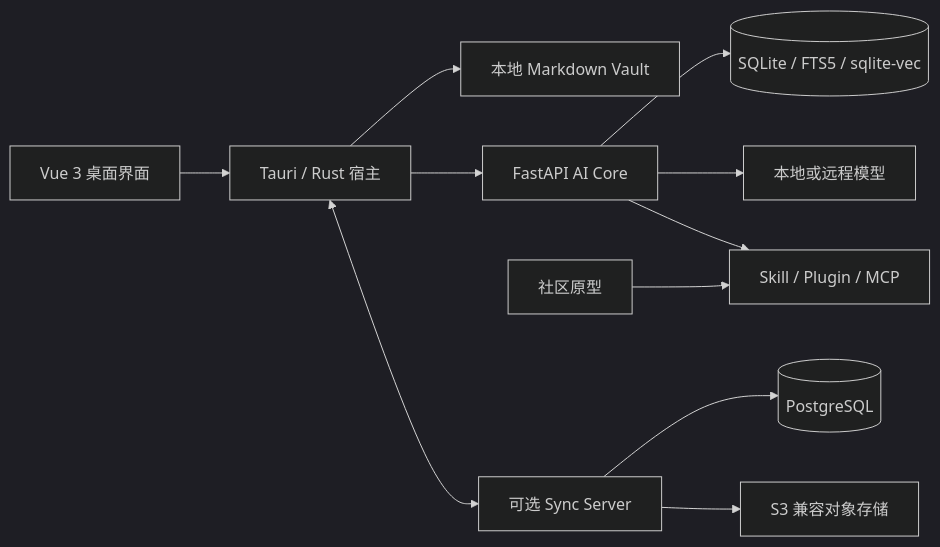
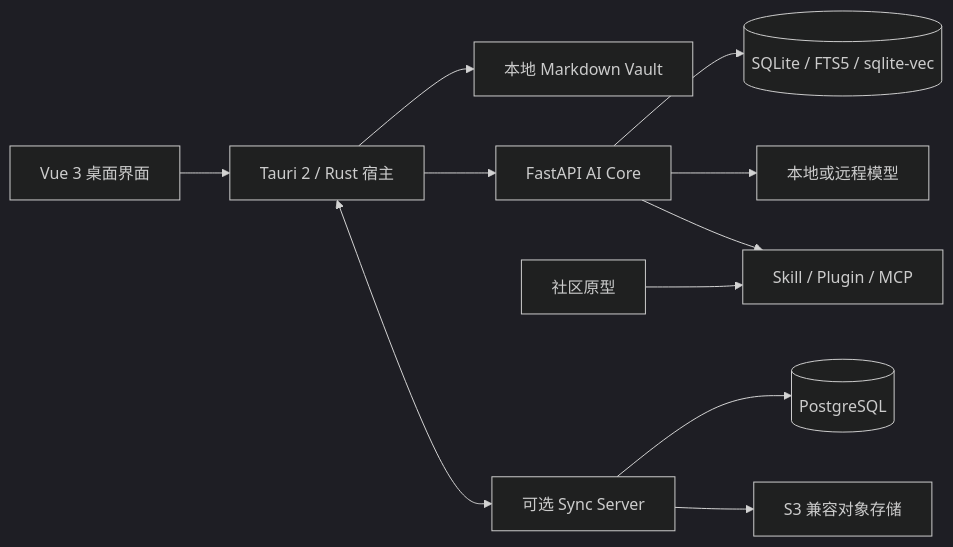
Before and after one commit to KiriAky107/OpenNexus: the diagram in README.zh-CN.md, drawn with Mermaid (dark theme). The commit also changed other lines of this file and 1 other file, not shown here.

````diff
--- a/README.zh-CN.md
+++ b/README.zh-CN.md
@@ -27,13 +72,13 @@
 ```mermaid
 flowchart LR
-    UI[Vue 3 桌面界面] --> HOST[Tauri / Rust 宿主]
+    UI[Vue 3 桌面界面] --> HOST[Tauri 2 / Rust 宿主]
     HOST --> VAULT[本地 Markdown Vault]
     HOST --> CORE[FastAPI AI Core]
     CORE --> INDEX[(SQLite / FTS5 / sqlite-vec)]
     CORE --> MODEL[本地或远程模型]
     CORE --> EXT[Skill / Plugin / MCP]
     HOST <--> SYNC[可选 Sync Server]
     SYNC --> DB[(PostgreSQL)]
     SYNC --> OBJ[S3 兼容对象存储]
     COMMUNITY[社区原型] --> EXT
 ```
````
